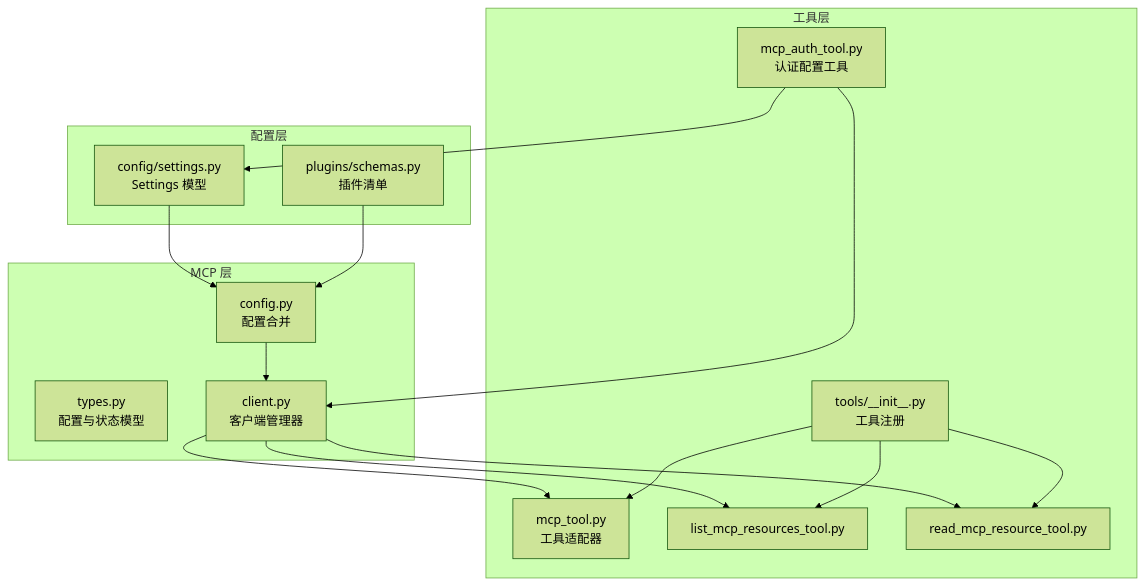
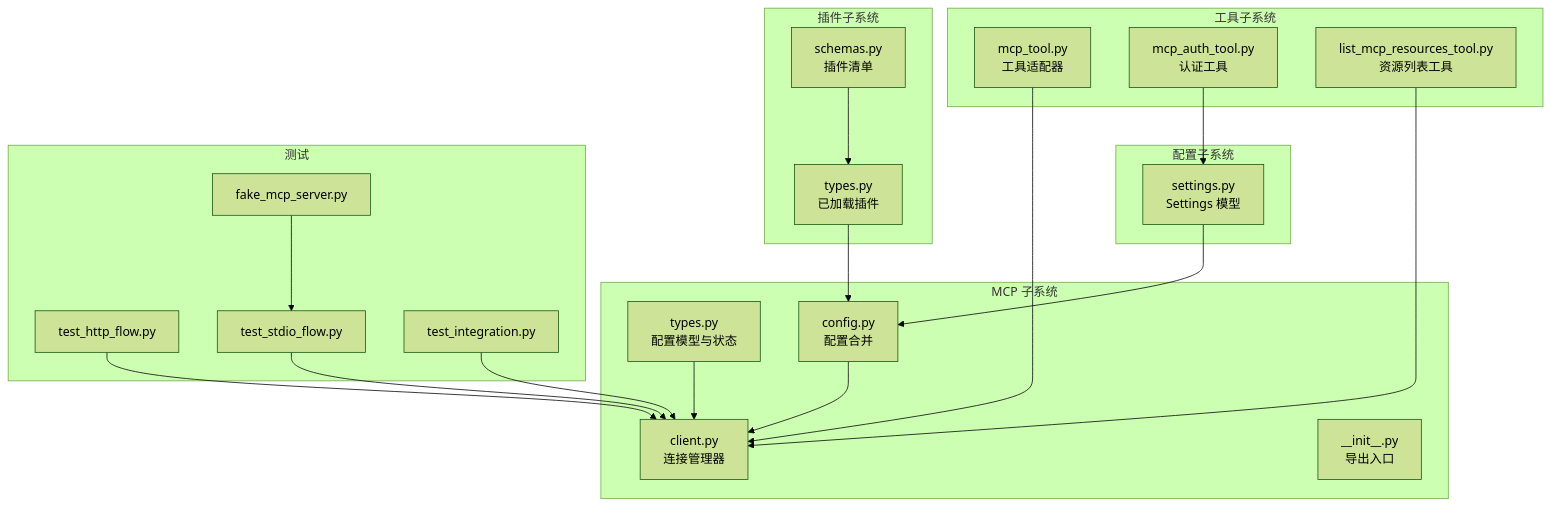
Before and after one commit to haolange/OpenHarness: the first of 5 diagrams in .qoder/repowiki/zh/content/MCP 协议支持/MCP 服务器配置.md, drawn with Mermaid (forest theme). The commit also changed other lines of this file and 222 other files, not shown here.

````diff
--- a/.qoder/repowiki/zh/content/MCP 协议支持/MCP 服务器配置.md
+++ b/.qoder/repowiki/zh/content/MCP 协议支持/MCP 服务器配置.md
@@ -46,30 +49,39 @@
 ```mermaid
 graph TB
-subgraph "MCP 层"
-T["types.py<br/>配置与状态模型"]
-C["client.py<br/>客户端管理器"]
+subgraph "MCP 子系统"
+T["types.py<br/>配置模型与状态"]
+C["client.py<br/>连接管理器"]
 CFG["config.py<br/>配置合并"]
+INIT["__init__.py<br/>导出入口"]
 end
-subgraph "工具层"
-AUTH["mcp_auth_tool.py<br/>认证配置工具"]
-ADP["mcp_tool.py<br/>工具适配器"]
-LIST["list_mcp_resources_tool.py"]
-READ["read_mcp_resource_tool.py"]
-REG["tools/__init__.py<br/>工具注册"]
+subgraph "工具子系统"
+MT["mcp_tool.py<br/>工具适配器"]
+MAT["mcp_auth_tool.py<br/>认证工具"]
+LRT["list_mcp_resources_tool.py<br/>资源列表工具"]
 end
-subgraph "配置层"
-SET["config/settings.py<br/>Settings 模型"]
-PLG["plugins/schemas.py<br/>插件清单"]
+subgraph "插件子系统"
+PS["schemas.py<br/>插件清单"]
+PT["types.py<br/>已加载插件"]
 end
-SET --> CFG
-PLG --> CFG
+subgraph "配置子系统"
+S["settings.py<br/>Settings 模型"]
+end
+subgraph "测试"
+TH["test_http_flow.py"]
+TS["test_stdio_flow.py"]
+TI["test_integration.py"]
+F["fake_mcp_server.py"]
+end
+S --> CFG
+PT --> CFG
+PS --> PT
 CFG --> C
-C --> ADP
-C --> LIST
-C --> READ
-AUTH --> SET
-AUTH --> C
-REG --> ADP
-REG --> LIST
-REG --> READ
+T --> C
+MT --> C
+MAT --> S
+LRT --> C
+TH --> C
+TS --> C
+TI --> C
+F --> TS
 ```
````
